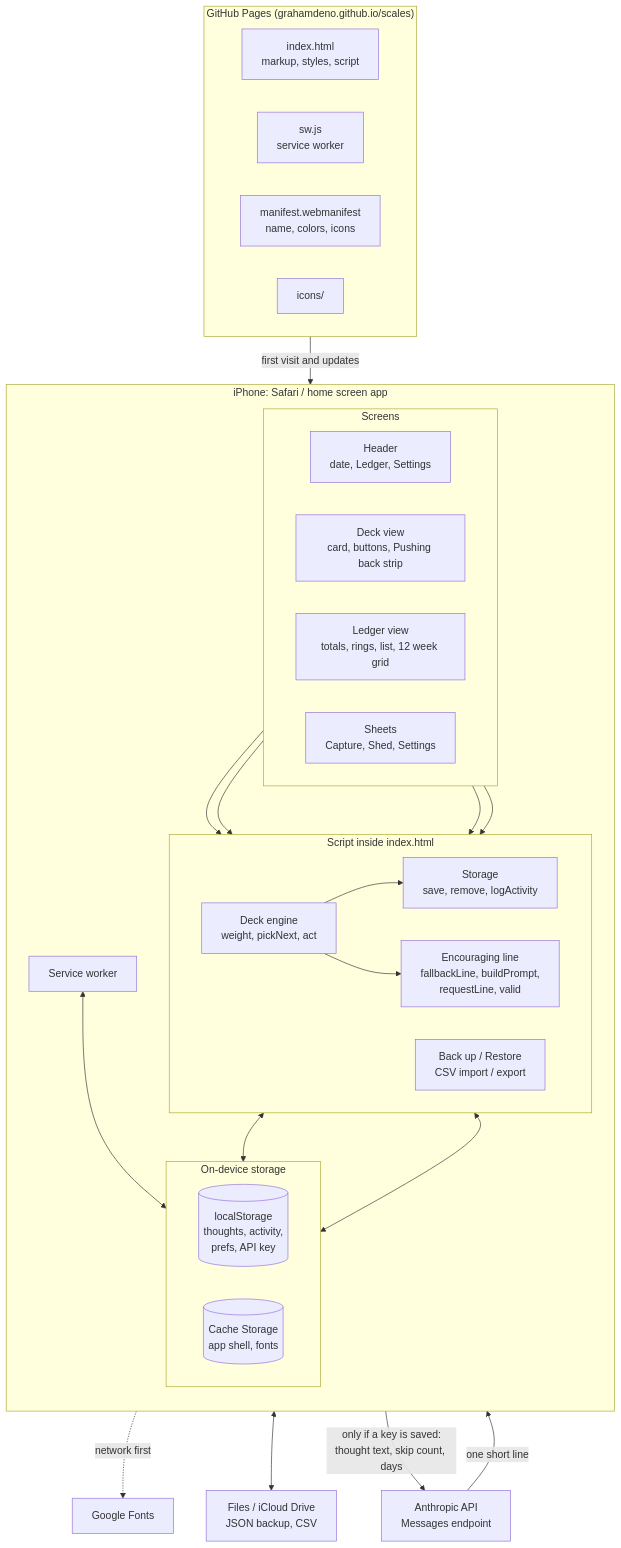
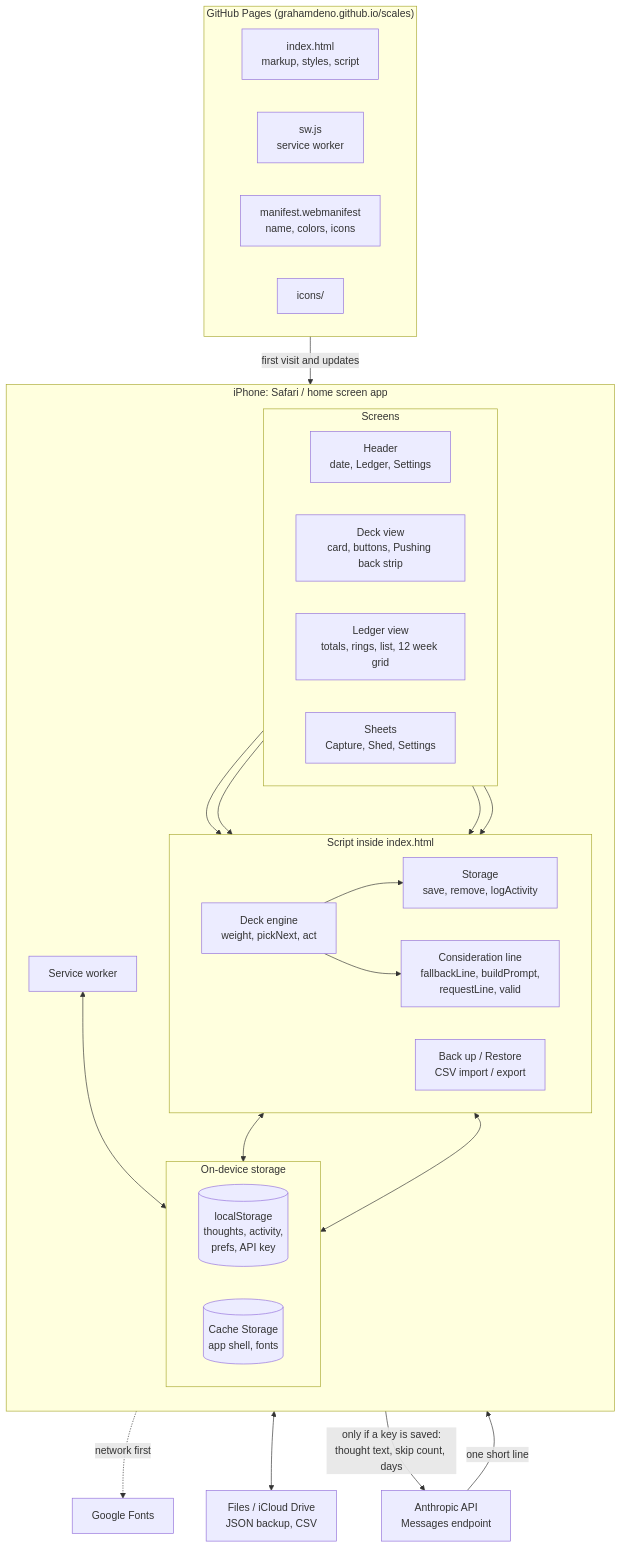
The first of 3 diagrams in docs/ARCHITECTURE.md (grahamdeno/scales), drawn with Mermaid before and after one commit. The commit also changed other lines of this file and 3 other files, not shown here.

Commit message:
Replace encouraging line with a reflective consideration drawn from the thought

````diff
--- a/docs/ARCHITECTURE.md
+++ b/docs/ARCHITECTURE.md
@@ -7,58 +7,58 @@
 ```mermaid
 flowchart TB
     subgraph host["GitHub Pages (grahamdeno.github.io/scales)"]
         direction LR
         html["index.html<br/>markup, styles, script"]
         swfile["sw.js<br/>service worker"]
         mani["manifest.webmanifest<br/>name, colors, icons"]
         icons["icons/"]
     end
 
     subgraph phone["iPhone: Safari / home screen app"]
         direction TB
 
         subgraph ui["Screens"]
             direction LR
             header["Header<br/>date, Ledger, Settings"]
             deck["Deck view<br/>card, buttons, Pushing back strip"]
             ledger["Ledger view<br/>totals, rings, list, 12 week grid"]
             sheets["Sheets<br/>Capture, Shed, Settings"]
         end
 
         subgraph logic["Script inside index.html"]
             direction LR
             engine["Deck engine<br/>weight, pickNext, act"]
-            line["Encouraging line<br/>fallbackLine, buildPrompt,<br/>requestLine, valid"]
+            line["Consideration line<br/>fallbackLine, buildPrompt,<br/>requestLine, valid"]
             store["Storage<br/>save, remove, logActivity"]
             io["Back up / Restore<br/>CSV import / export"]
         end
 
         subgraph device["On-device storage"]
             direction LR
             ls[("localStorage<br/>thoughts, activity,<br/>prefs, API key")]
             cache[("Cache Storage<br/>app shell, fonts")]
         end
 
         sw["Service worker"]
     end
 
     fonts["Google Fonts"]
     api["Anthropic API<br/>Messages endpoint"]
     files["Files / iCloud Drive<br/>JSON backup, CSV"]
 
     host -- "first visit and updates" --> sw
     sw <--> cache
     sw -.->|network first| fonts
 
     deck --> engine
     sheets --> engine
     sheets --> io
     engine --> store
     engine --> line
     ledger --> store
     store <--> ls
     io <--> ls
     io <--> files
     line -- "only if a key is saved:<br/>thought text, skip count, days" --> api
     api -- "one short line" --> line
 ```
````
